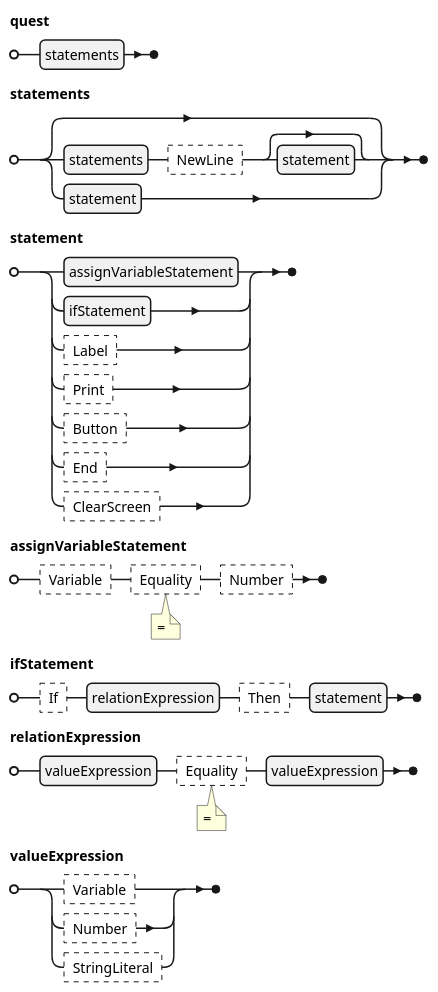
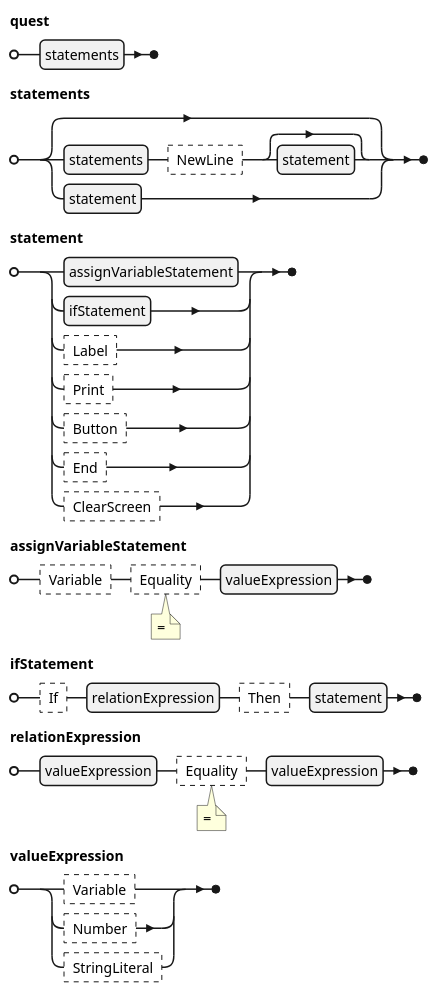
Before and after one commit to realsonic/MURQ: the first of 9 diagrams in Application/MURQ.URQL/docs/URQL Syntax.md, drawn with PlantUML. The commit also changed 1 other file, not shown here.

Commit message:
Небольшой рефакторинг парсера и обновление дока по грамматике

````diff
--- a/Application/MURQ.URQL/docs/URQL Syntax.md
+++ b/Application/MURQ.URQL/docs/URQL Syntax.md
@@ -2,27 +2,27 @@
 ```plantuml
 @startebnf URQL
 quest = statements;
 
 statements = [
         statements, ? NewLine ?, [statement]
         | statement
     ];
 
 statement = 
       assignVariableStatement
     | ifStatement
     | ? Label ?
     | ? Print ?
     | ? Button ?
     | ? End ?
     | ? ClearScreen ?;
 
-assignVariableStatement = ? Variable ?,  ? Equality ? (*""=""*), ? Number ?;
+assignVariableStatement = ? Variable ?,  ? Equality ? (*""=""*), valueExpression;
 
 ifStatement = ? If ?, relationExpression, ? Then ?, statement;
 
 relationExpression = valueExpression, ? Equality ? (*""=""*), valueExpression;
 
 valueExpression = ? Variable ? | ? Number ? | ? StringLiteral ?;
 @endebnf
 ```
````
